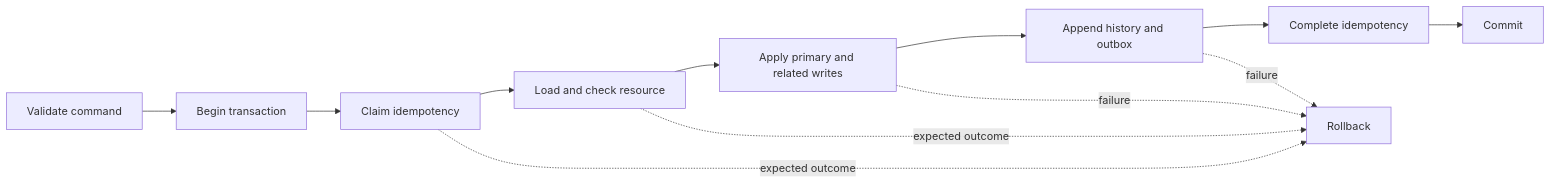
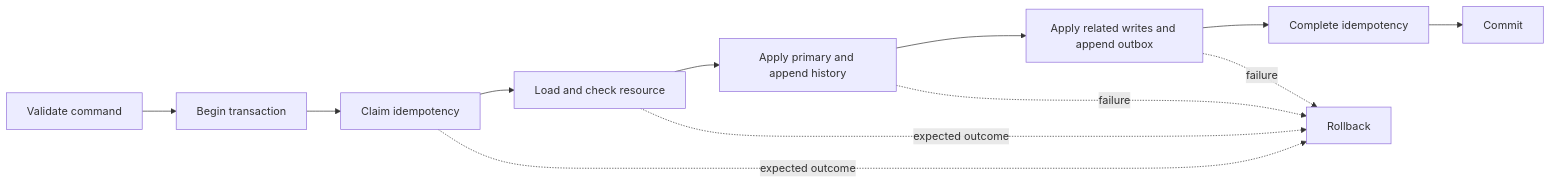
Before and after one commit to jajego/interlock: the diagram in README.md, drawn with Mermaid. The commit also changed other lines of this file and 17 other files, not shown here.

````diff
--- a/README.md
+++ b/README.md
@@ -276,14 +276,14 @@
 ```mermaid
 flowchart LR
   A["Validate command"] --> B["Begin transaction"]
   B --> C["Claim idempotency"]
   C --> D["Load and check resource"]
-  D --> E["Apply primary and related writes"]
-  E --> F["Append history and outbox"]
+  D --> E["Apply primary and append history"]
+  E --> F["Apply related writes and append outbox"]
   F --> G["Complete idempotency"]
   G --> H["Commit"]
   C -. expected outcome .-> R["Rollback"]
   D -. expected outcome .-> R
   E -. failure .-> R
   F -. failure .-> R
 ```
````
